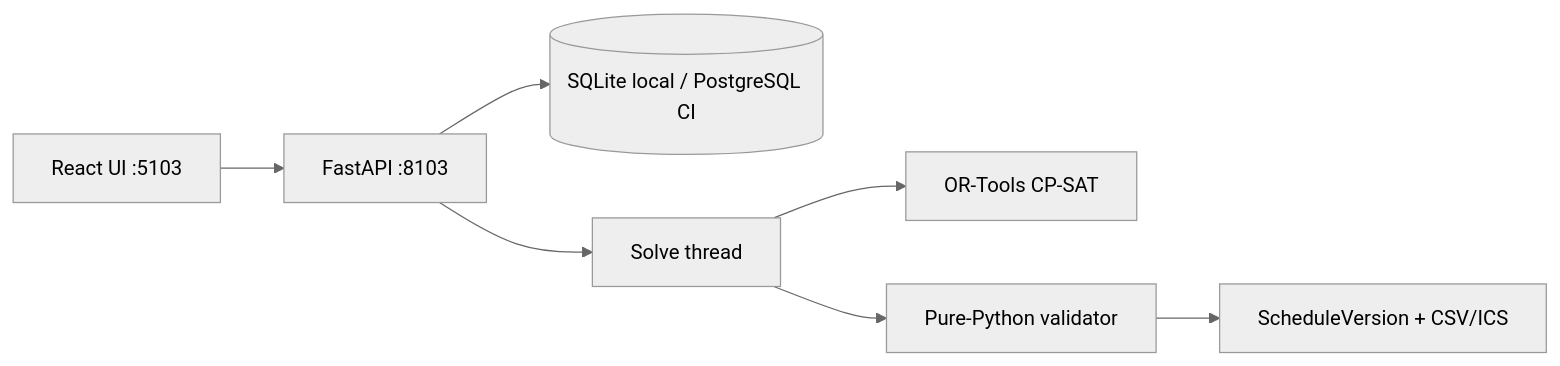
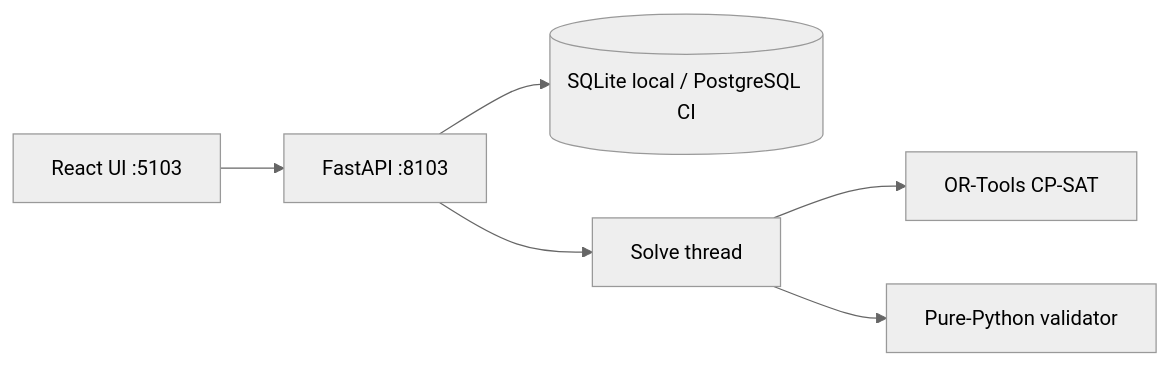
Before and after one commit to hasanhuseyinyetkiner/workforce-optimizer: the diagram in README.md, drawn with Mermaid (neutral theme). The commit also changed other lines of this file and 33 other files, not shown here.

````diff
--- a/README.md
+++ b/README.md
@@ -107,9 +32,8 @@
 ```mermaid
 flowchart LR
   UI[React UI :5103] --> API[FastAPI :8103]
   API --> DB[(SQLite local / PostgreSQL CI)]
   API --> Worker[Solve thread]
   Worker --> CPSAT[OR-Tools CP-SAT]
   Worker --> Val[Pure-Python validator]
-  Val --> Sched[ScheduleVersion + CSV/ICS]
 ```
````
